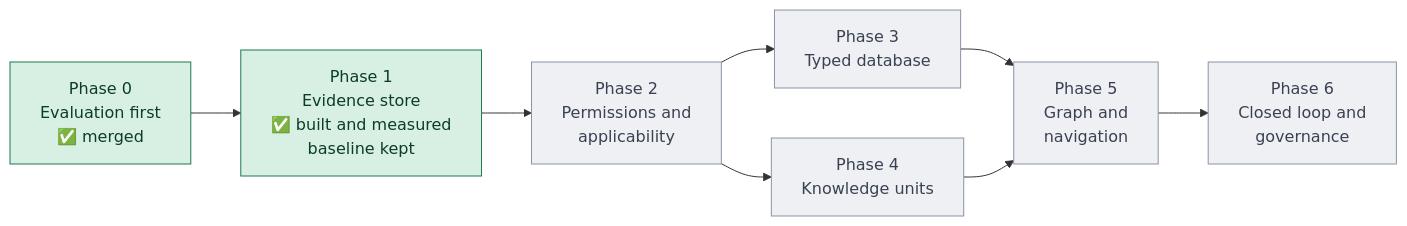
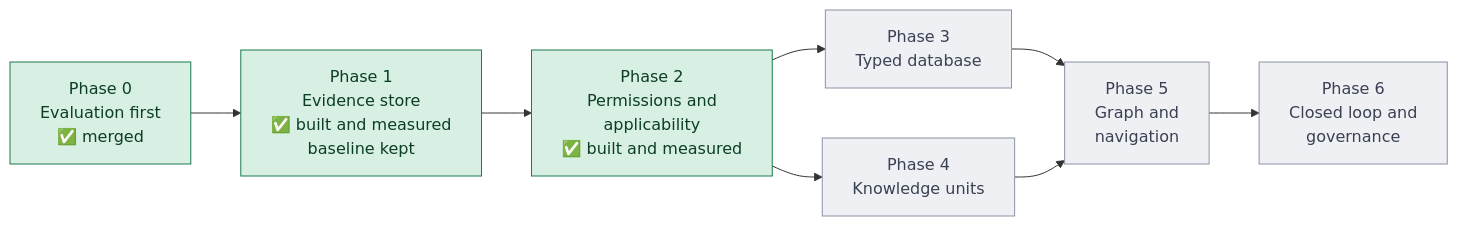
Before and after one commit to GaryTang32/agent-data-retrieval: the diagram in README.md, drawn with Mermaid. The commit also changed other lines of this file and 347 other files, not shown here.

First line of the commit message:
Phase 2: applicability, permissions, tools as data and an MCP server (#7)

````diff
--- a/README.md
+++ b/README.md
@@ -44,19 +45,19 @@
 ```mermaid
 flowchart LR
     P0["Phase 0<br/>Evaluation first<br/>✅ merged"]
     P1["Phase 1<br/>Evidence store<br/>✅ built and measured<br/>baseline kept"]
-    P2["Phase 2<br/>Permissions and<br/>applicability"]
+    P2["Phase 2<br/>Permissions and<br/>applicability<br/>✅ built and measured"]
     P3["Phase 3<br/>Typed database"]
     P4["Phase 4<br/>Knowledge units"]
     P5["Phase 5<br/>Graph and<br/>navigation"]
     P6["Phase 6<br/>Closed loop and<br/>governance"]
     P0 --> P1 --> P2
     P2 --> P3 --> P5
     P2 --> P4 --> P5
     P5 --> P6
     classDef done fill:#d8f0e3,stroke:#1d7a4f,color:#0b3d27
     classDef active fill:#fff1cc,stroke:#a86b00,color:#4a3000
     classDef todo fill:#eef0f4,stroke:#8a93a6,color:#3a4152
-    class P0,P1 done
-    class P2,P3,P4,P5,P6 todo
+    class P0,P1,P2 done
+    class P3,P4,P5,P6 todo
 ```
````
